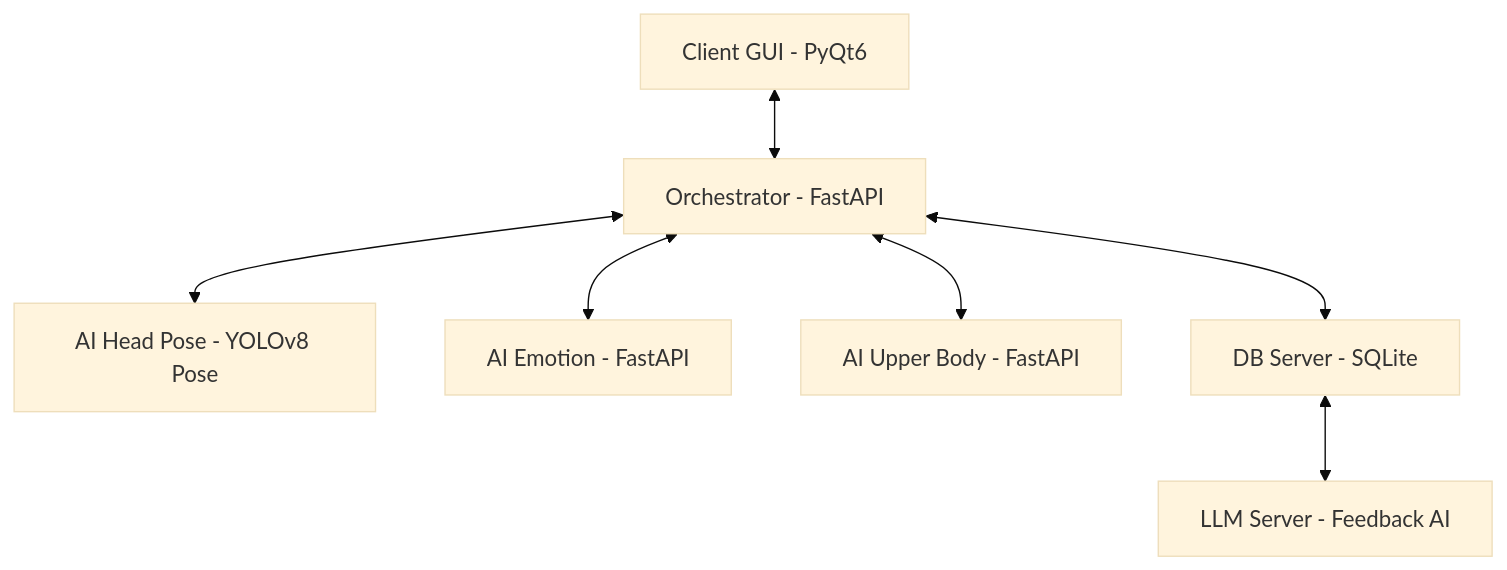
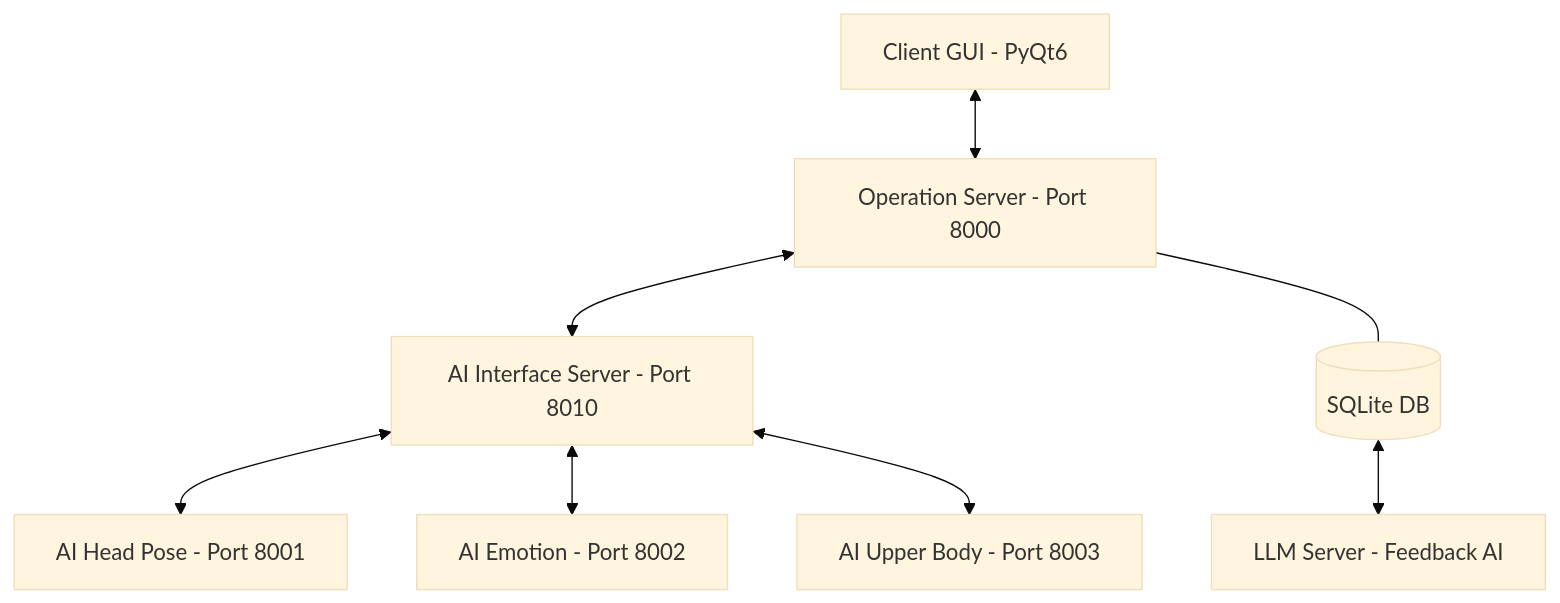
Before and after one commit to addinedu-physicalai-1st/deeplearning-repo-2: the diagram in README.md, drawn with Mermaid (base theme). The commit also changed other lines of this file and 20 other files, not shown here.

````diff
--- a/README.md
+++ b/README.md
@@ -11,9 +11,10 @@
 ```mermaid
 graph TD
-    Client[Client GUI - PyQt6] <--> Orch[Orchestrator - FastAPI]
-    Orch <--> AI_Head[AI Head Pose - YOLOv8 Pose]
-    Orch <--> AI_Emotion[AI Emotion - FastAPI]
-    Orch <--> AI_Body[AI Upper Body - FastAPI]
-    Orch <--> DB[DB Server - SQLite]
+    Client[Client GUI - PyQt6] <--> Op[Operation Server - Port 8000]
+    Op <--> AI_Int[AI Interface Server - Port 8010]
+    AI_Int <--> AI_Head[AI Head Pose - Port 8001]
+    AI_Int <--> AI_Emotion[AI Emotion - Port 8002]
+    AI_Int <--> AI_Body[AI Upper Body - Port 8003]
+    Op --- DB[(SQLite DB)]
     DB <--> LLM[LLM Server - Feedback AI]
 ```
````
